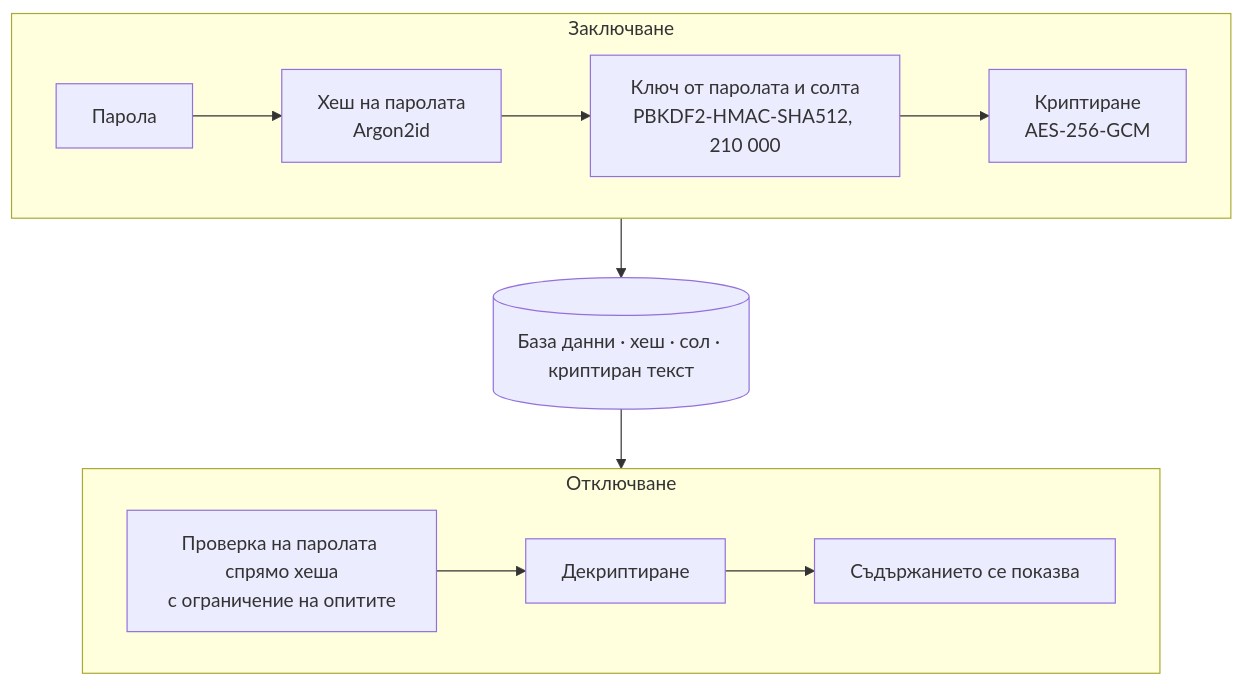
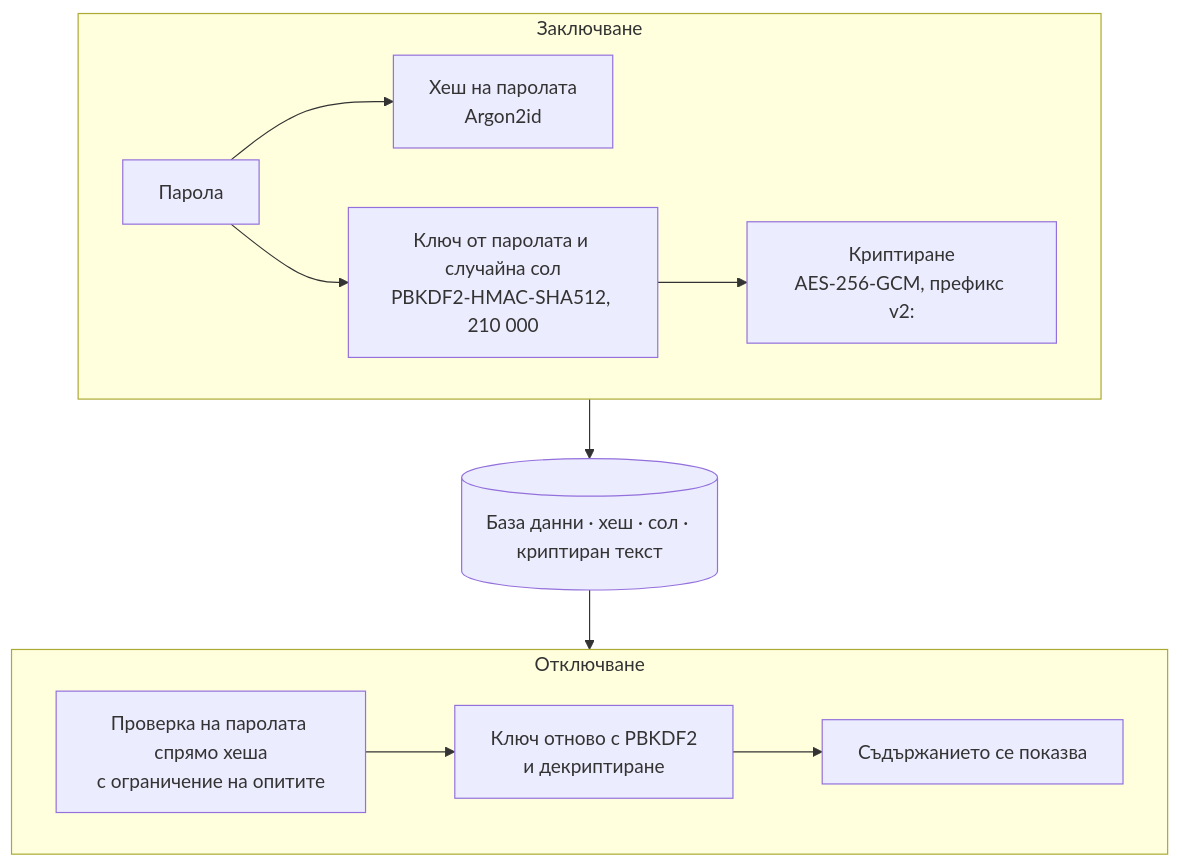
One commit to tuncheva/KAIROS changed diagram 16 of 19 in docs/diploma/diagrams/GALLERY.md. Above: the diagram before and after it, drawn with Mermaid. The commit also changed other lines of this file and 68 other files, not shown here.

First line of the commit message:
fix(thesis): replace Word-drawn figures; apply approved diagram changes

````diff
--- a/docs/diploma/diagrams/GALLERY.md
+++ b/docs/diploma/diagrams/GALLERY.md
@@ -447,14 +464,15 @@
 ```mermaid
 %% Фигура 16 – Заключване и отключване на бележка
 flowchart TB
   subgraph LOCK["Заключване"]
     direction LR
-    l1["Парола"] --> l2["Хеш на паролата<br>Argon2id"] --> l3["Ключ от паролата и солта<br>PBKDF2-HMAC-SHA512, 210 000"] --> l4["Криптиране<br>AES-256-GCM"]
+    l1["Парола"] --> l2["Хеш на паролата<br>Argon2id"]
+    l1 --> l3["Ключ от паролата и случайна сол<br>PBKDF2-HMAC-SHA512, 210 000"] --> l4["Криптиране<br>AES-256-GCM, префикс v2:"]
   end
   db[("База данни · хеш · сол · криптиран текст")]
   subgraph UNLOCK["Отключване"]
     direction LR
-    u1["Проверка на паролата спрямо хеша<br>с ограничение на опитите"] --> u2["Декриптиране"] --> u3["Съдържанието се показва"]
+    u1["Проверка на паролата спрямо хеша<br>с ограничение на опитите"] --> u2["Ключ отново с PBKDF2<br>и декриптиране"] --> u3["Съдържанието се показва"]
   end
   LOCK --> db --> UNLOCK
 ```
````
